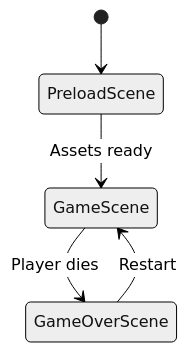
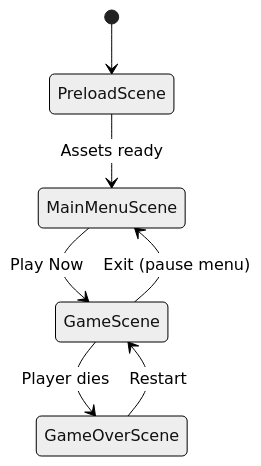
One commit to FistOfFury/Chromask changed the second of 2 diagrams in docs/architecture.md. Above: the diagram before and after it, drawn with Mermaid (neutral theme). The commit also changed other lines of this file and 3 other files, not shown here.

First line of the commit message:
feat: update scene flow and add preload transitions

````diff
--- a/docs/architecture.md
+++ b/docs/architecture.md
@@ -52,7 +59,9 @@
 ```mermaid
 stateDiagram-v2
     [*] --> PreloadScene
-    PreloadScene --> GameScene: Assets ready
+    PreloadScene --> MainMenuScene: Assets ready
+    MainMenuScene --> GameScene: Play Now
     GameScene --> GameOverScene: Player dies
+    GameScene --> MainMenuScene: Exit (pause menu)
     GameOverScene --> GameScene: Restart
 ```
````
